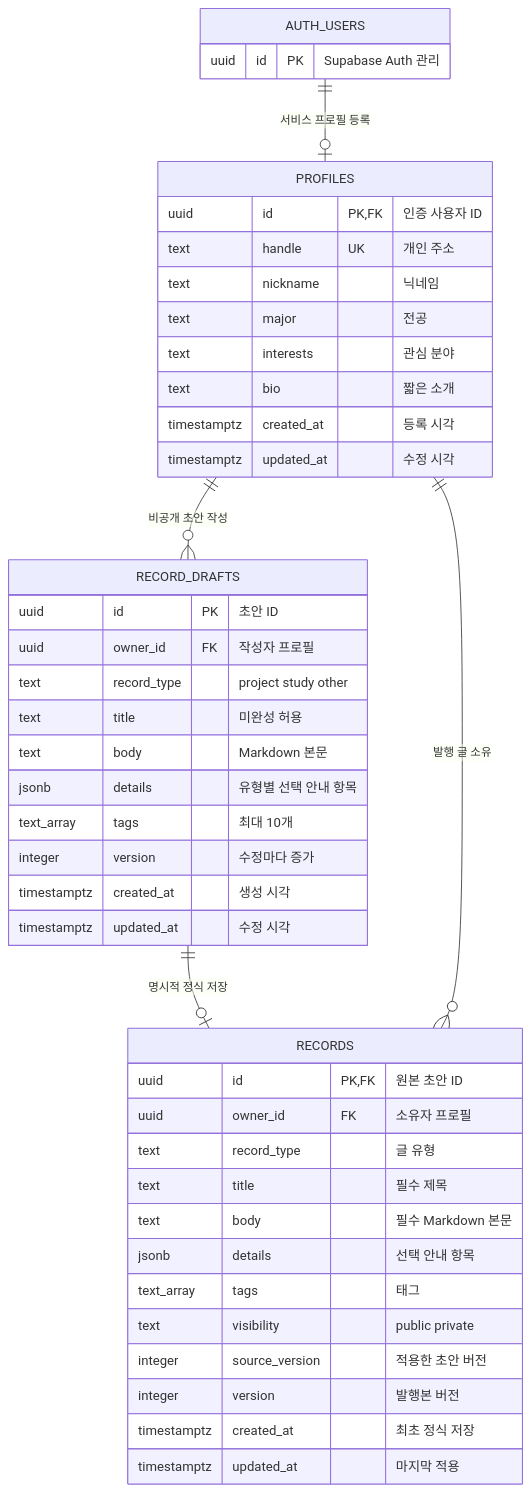
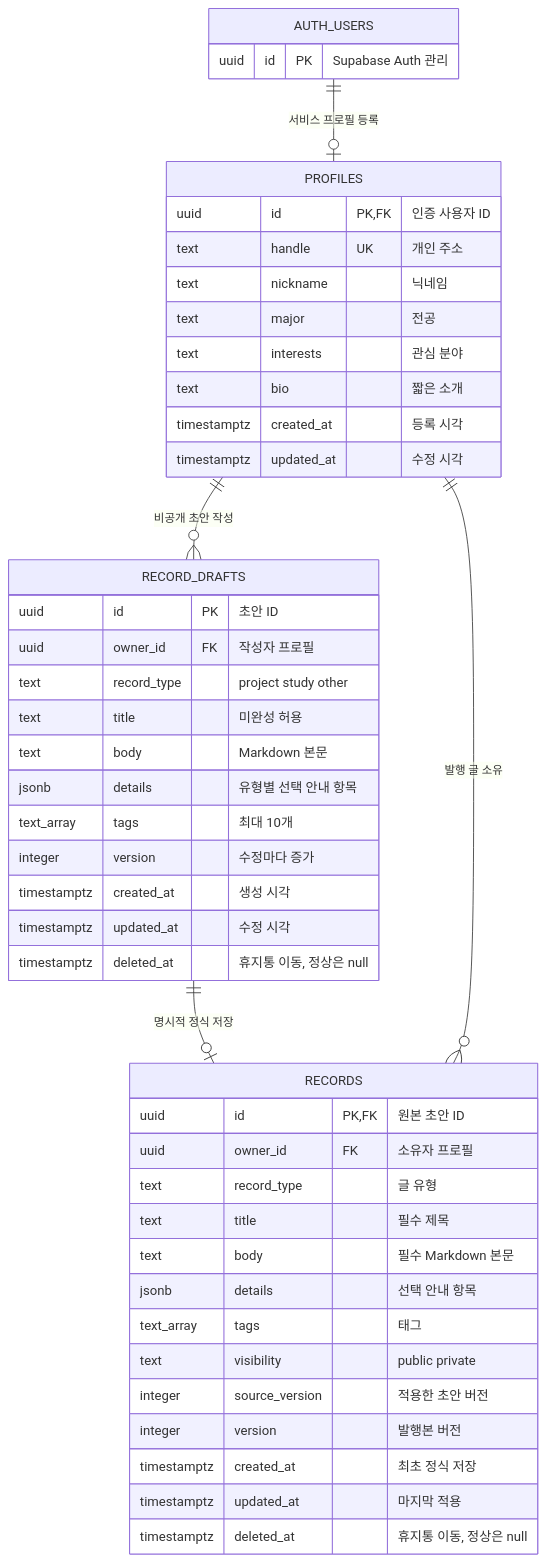
The diagram in docs/ERD.md (JungSeungYoon/chwieop-jom-haja), drawn with Mermaid before and after one commit. The commit also changed other lines of this file and 21 other files, not shown here.

````diff
--- a/docs/ERD.md
+++ b/docs/ERD.md
@@ -5,46 +5,48 @@
 ```mermaid
 erDiagram
     AUTH_USERS ||--o| PROFILES : "서비스 프로필 등록"
     PROFILES ||--o{ RECORD_DRAFTS : "비공개 초안 작성"
     RECORD_DRAFTS ||--o| RECORDS : "명시적 정식 저장"
     PROFILES ||--o{ RECORDS : "발행 글 소유"
     AUTH_USERS {
         uuid id PK "Supabase Auth 관리"
     }
     RECORDS {
         uuid id PK,FK "원본 초안 ID"
         uuid owner_id FK "소유자 프로필"
         text record_type "글 유형"
         text title "필수 제목"
         text body "필수 Markdown 본문"
         jsonb details "선택 안내 항목"
         text_array tags "태그"
         text visibility "public private"
         integer source_version "적용한 초안 버전"
         integer version "발행본 버전"
         timestamptz created_at "최초 정식 저장"
         timestamptz updated_at "마지막 적용"
+        timestamptz deleted_at "휴지통 이동, 정상은 null"
     }
     RECORD_DRAFTS {
         uuid id PK "초안 ID"
         uuid owner_id FK "작성자 프로필"
         text record_type "project study other"
         text title "미완성 허용"
         text body "Markdown 본문"
         jsonb details "유형별 선택 안내 항목"
         text_array tags "최대 10개"
         integer version "수정마다 증가"
         timestamptz created_at "생성 시각"
         timestamptz updated_at "수정 시각"
+        timestamptz deleted_at "휴지통 이동, 정상은 null"
     }
     PROFILES {
         uuid id PK,FK "인증 사용자 ID"
         text handle UK "개인 주소"
         text nickname "닉네임"
         text major "전공"
         text interests "관심 분야"
         text bio "짧은 소개"
         timestamptz created_at "등록 시각"
         timestamptz updated_at "수정 시각"
     }
 ```
````
